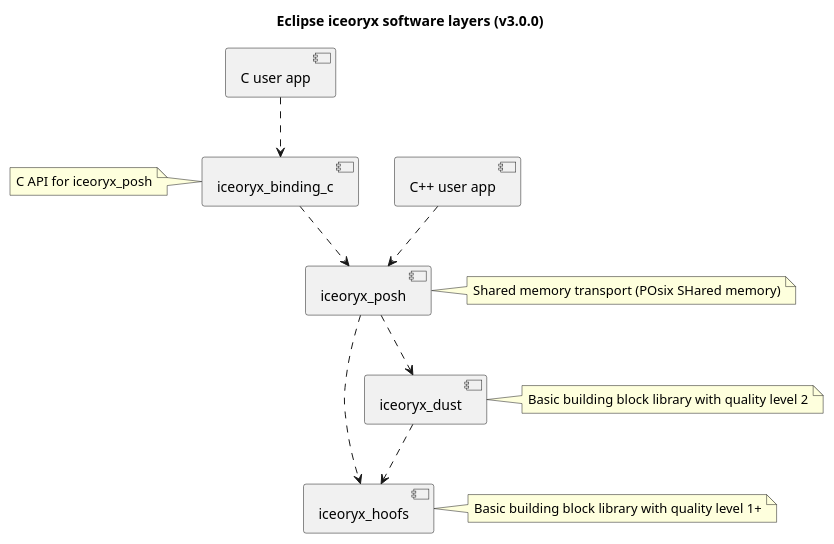
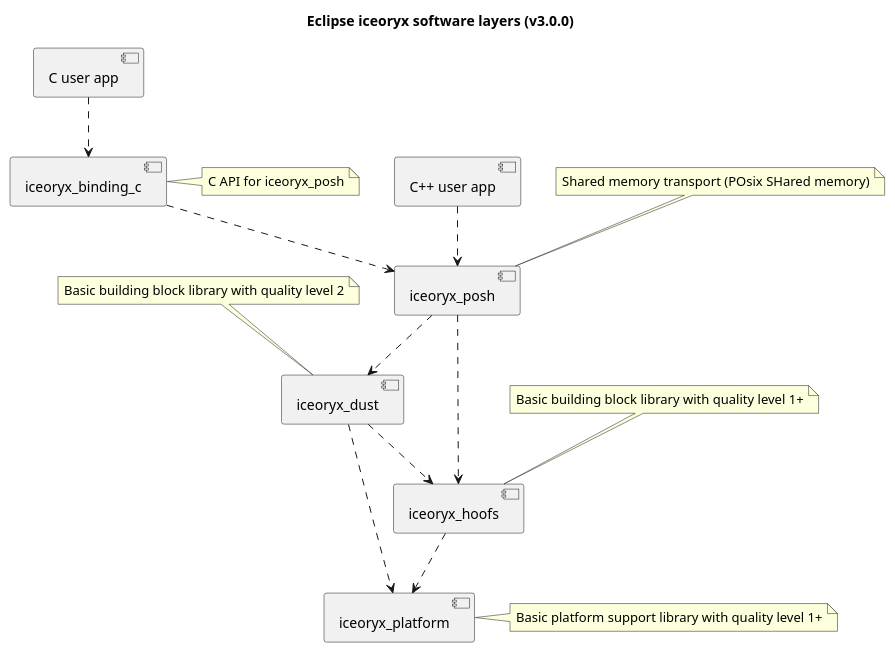
One commit to eclipse-iceoryx/iceoryx changed the diagram in doc/design/diagrams/iceoryx_software_layers_v3_0_0.puml. Above: the diagram before and after it, drawn with PlantUML. The commit also changed 3 other files, not shown here.

Commit message:
iox-#1295 Add platform library to component diagram

```diff
--- a/doc/design/diagrams/iceoryx_software_layers_v3_0_0.puml
+++ b/doc/design/diagrams/iceoryx_software_layers_v3_0_0.puml
@@ -1,38 +1,42 @@
 @startuml
 
 title Eclipse iceoryx software layers (v3.0.0)
 
 skinparam BackgroundColor transparent
 skinparam componentStyle uml2
 
 skinparam component {
    backgroundColor<<namespace>> yellow
 }
 
 skinparam package {
    backgroundColor green
 }
 
 skinparam frame {
    backgroundColor chocolate
 }
 
+[iceoryx_platform]
 [iceoryx_dust]
 [iceoryx_hoofs]
 [iceoryx_posh]
 [iceoryx_binding_c]
 [C user app]
 [C++ user app]
 
-note right of iceoryx_hoofs : Basic building block library with quality level 1+
-note right of iceoryx_dust : Basic building block library with quality level 2
-note right of iceoryx_posh : Shared memory transport (POsix SHared memory)
-note left of iceoryx_binding_c : C API for iceoryx_posh
+note right of iceoryx_platform : Basic platform support library with quality level 1+
+note top of iceoryx_hoofs : Basic building block library with quality level 1+
+note top of iceoryx_dust : Basic building block library with quality level 2
+note top of iceoryx_posh : Shared memory transport (POsix SHared memory)
+note right of iceoryx_binding_c : C API for iceoryx_posh
 
+[iceoryx_hoofs]  ..>  [iceoryx_platform]
+[iceoryx_dust]  ..>  [iceoryx_platform]
 [iceoryx_posh]  ..>  [iceoryx_hoofs]
 [iceoryx_dust]  ..>  [iceoryx_hoofs]
 [iceoryx_posh]  ..>  [iceoryx_dust]
 [iceoryx_binding_c]  ..>  [iceoryx_posh]
 [C user app]  ..>  [iceoryx_binding_c]
 [C++ user app]  ..>  [iceoryx_posh]
 @enduml
```
